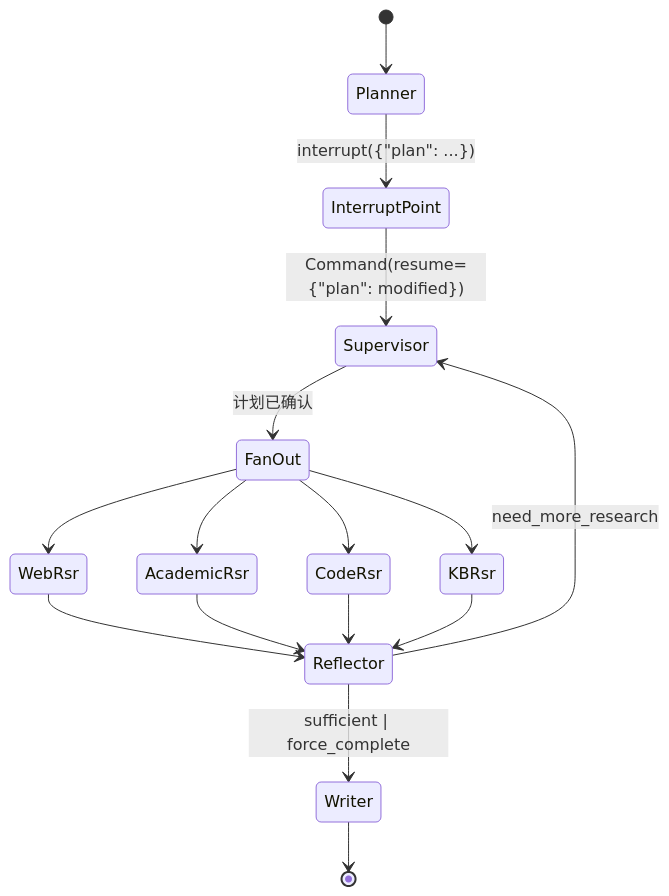
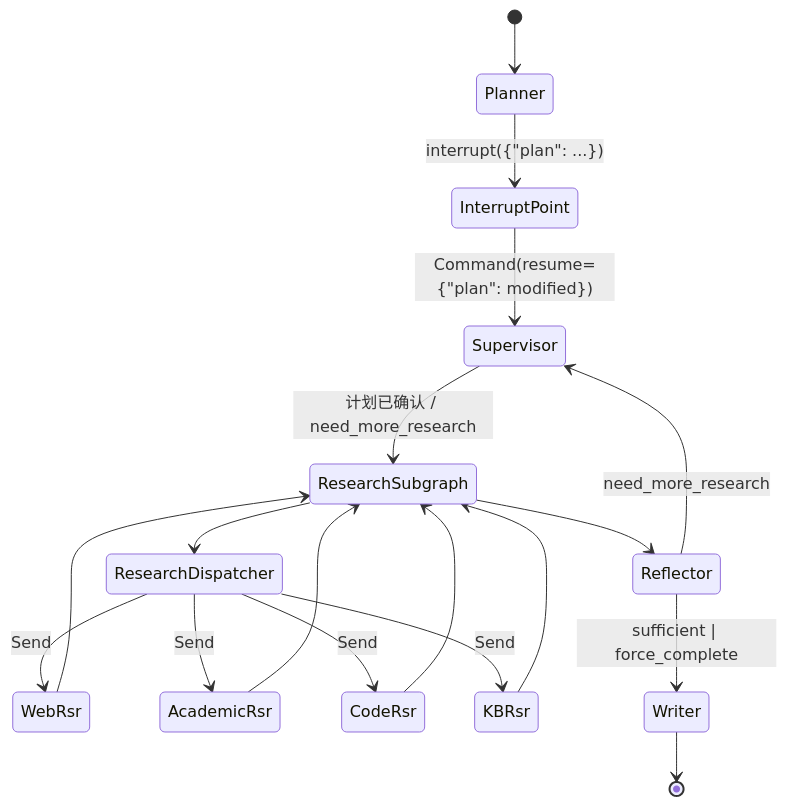
One commit to StevenLZM/LangGraph-Claude changed the second of 5 diagrams in 03_MULTI_AGENT/ENGINEERING.md. Above: the diagram before and after it, drawn with Mermaid. The commit also changed other lines of this file and 16 other files, not shown here.

````diff
--- a/03_MULTI_AGENT/ENGINEERING.md
+++ b/03_MULTI_AGENT/ENGINEERING.md
@@ -85,18 +84,20 @@
 ```mermaid
 stateDiagram-v2
     [*] --> Planner
     Planner --> InterruptPoint: interrupt({"plan": ...})
     InterruptPoint --> Supervisor: Command(resume={"plan": modified})
-    Supervisor --> FanOut: 计划已确认
-    FanOut --> WebRsr
-    FanOut --> AcademicRsr
-    FanOut --> CodeRsr
-    FanOut --> KBRsr
-    WebRsr --> Reflector
-    AcademicRsr --> Reflector
-    CodeRsr --> Reflector
-    KBRsr --> Reflector
+    Supervisor --> ResearchSubgraph: 计划已确认 / need_more_research
+    ResearchSubgraph --> ResearchDispatcher
+    ResearchDispatcher --> WebRsr: Send
+    ResearchDispatcher --> AcademicRsr: Send
+    ResearchDispatcher --> CodeRsr: Send
+    ResearchDispatcher --> KBRsr: Send
+    WebRsr --> ResearchSubgraph
+    AcademicRsr --> ResearchSubgraph
+    CodeRsr --> ResearchSubgraph
+    KBRsr --> ResearchSubgraph
+    ResearchSubgraph --> Reflector
     Reflector --> Supervisor: need_more_research
     Reflector --> Writer: sufficient | force_complete
     Writer --> [*]
 ```
````
